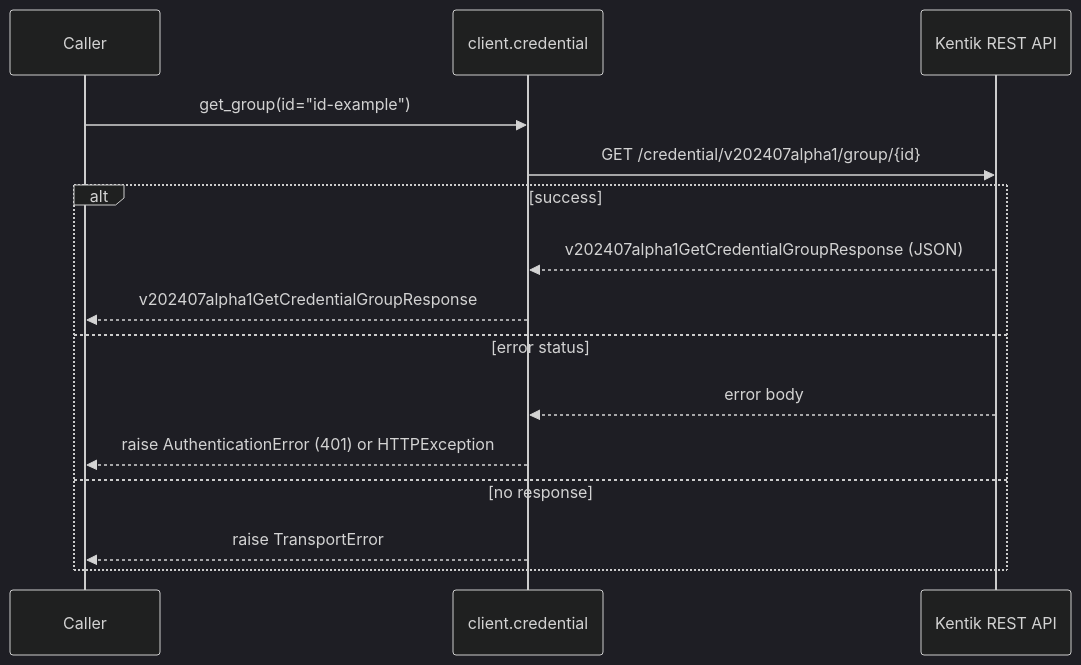
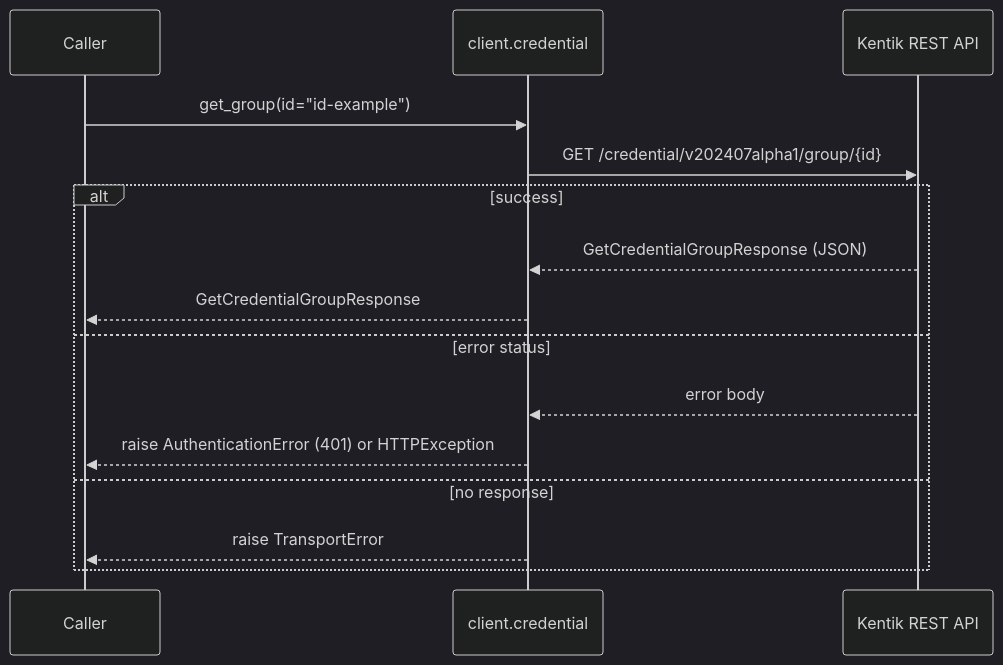
One commit to alexdearaujo/community_sdk_python changed the fourth of 6 diagrams in docs/sphinx/services/credential.md. Above: the diagram before and after it, drawn with Mermaid (dark theme). The commit also changed other lines of this file and 38 other files, not shown here.

````diff
--- a/docs/sphinx/services/credential.md
+++ b/docs/sphinx/services/credential.md
@@ -106,18 +106,18 @@
 ```mermaid
 sequenceDiagram
     participant C as Caller
     participant W as client.credential
     participant API as Kentik REST API
 
     C->>W: get_group(id="id-example")
     W->>API: GET /credential/v202407alpha1/group/{id}
     alt success
-        API-->>W: v202407alpha1GetCredentialGroupResponse (JSON)
-        W-->>C: v202407alpha1GetCredentialGroupResponse
+        API-->>W: GetCredentialGroupResponse (JSON)
+        W-->>C: GetCredentialGroupResponse
     else error status
         API-->>W: error body
         W-->>C: raise AuthenticationError (401) or HTTPException
     else no response
         W-->>C: raise TransportError
     end
 ```
````
